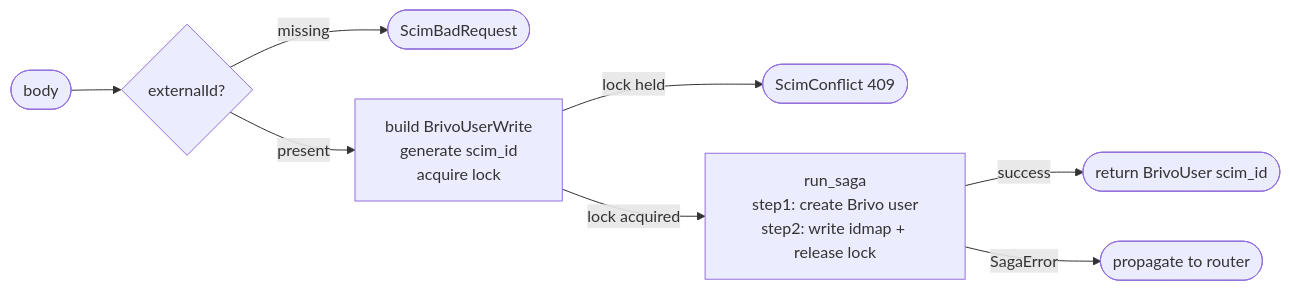
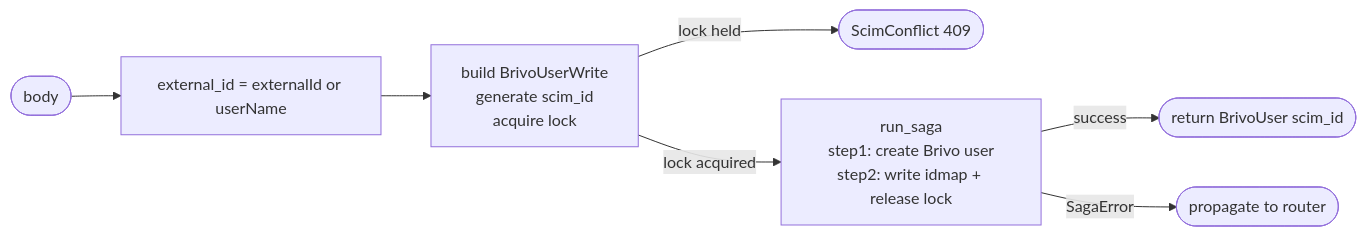
The diagram in docs/specs/20260620224016_create_user_saga.md (niconisoria/scim-bridge), drawn with Mermaid before and after one commit. The commit also changed other lines of this file and 3 other files, not shown here.

First line of the commit message:
fix(services): make externalId optional in create_user

````diff
--- a/docs/specs/20260620224016_create_user_saga.md
+++ b/docs/specs/20260620224016_create_user_saga.md
@@ -43,10 +44,9 @@
 ```mermaid
 flowchart LR
-    A([body]) --> B{externalId?}
-    B -- missing --> C([ScimBadRequest])
-    B -- present --> D[build BrivoUserWrite\ngenerate scim_id\nacquire lock]
+    A([body]) --> B[external_id = externalId or userName]
+    B --> D[build BrivoUserWrite\ngenerate scim_id\nacquire lock]
     D -- lock held --> E([ScimConflict 409])
     D -- lock acquired --> F[run_saga\nstep1: create Brivo user\nstep2: write idmap + release lock]
     F -- success --> G([return BrivoUser scim_id])
     F -- SagaError --> H([propagate to router])
 ```
````
